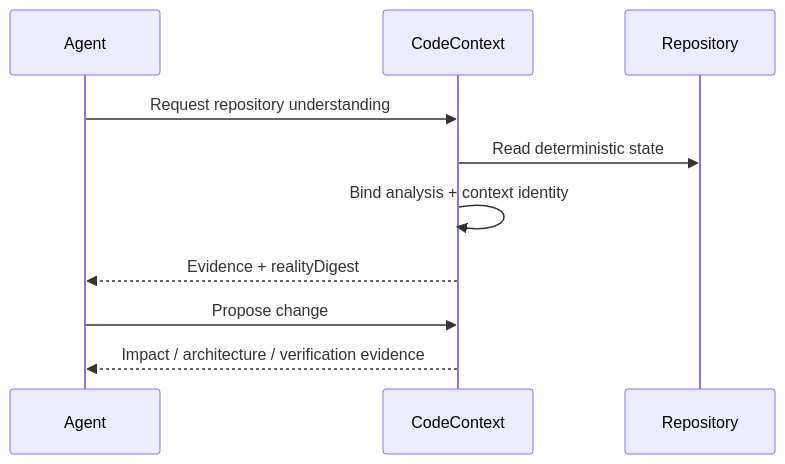
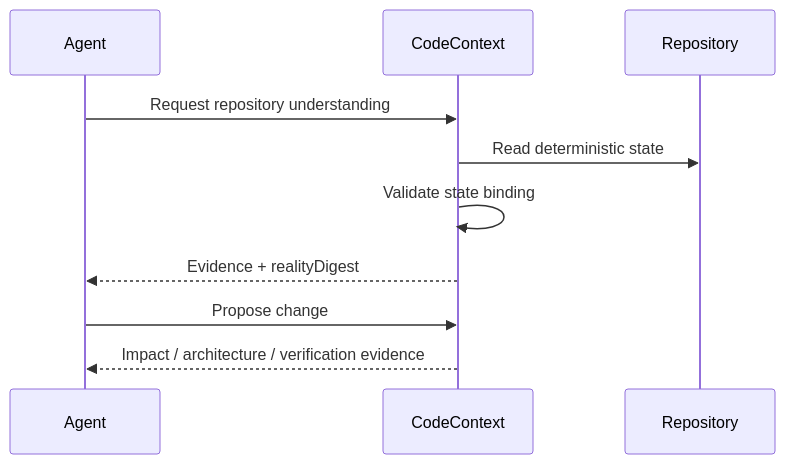
Before and after one commit to sonii-shivansh/CodeContext: the third of 3 diagrams in docs/ENGINEERING_REALITY.md, drawn with Mermaid. The commit also changed other lines of this file and 3 other files, not shown here.

````diff
--- a/docs/ENGINEERING_REALITY.md
+++ b/docs/ENGINEERING_REALITY.md
@@ -90,12 +122,12 @@
 ```mermaid
 sequenceDiagram
     participant Agent
     participant CC as CodeContext
     participant Repo as Repository
     Agent->>CC: Request repository understanding
     CC->>Repo: Read deterministic state
-    CC->>CC: Bind analysis + context identity
+    CC->>CC: Validate state binding
     CC-->>Agent: Evidence + realityDigest
     Agent->>CC: Propose change
     CC-->>Agent: Impact / architecture / verification evidence
 ```
````
